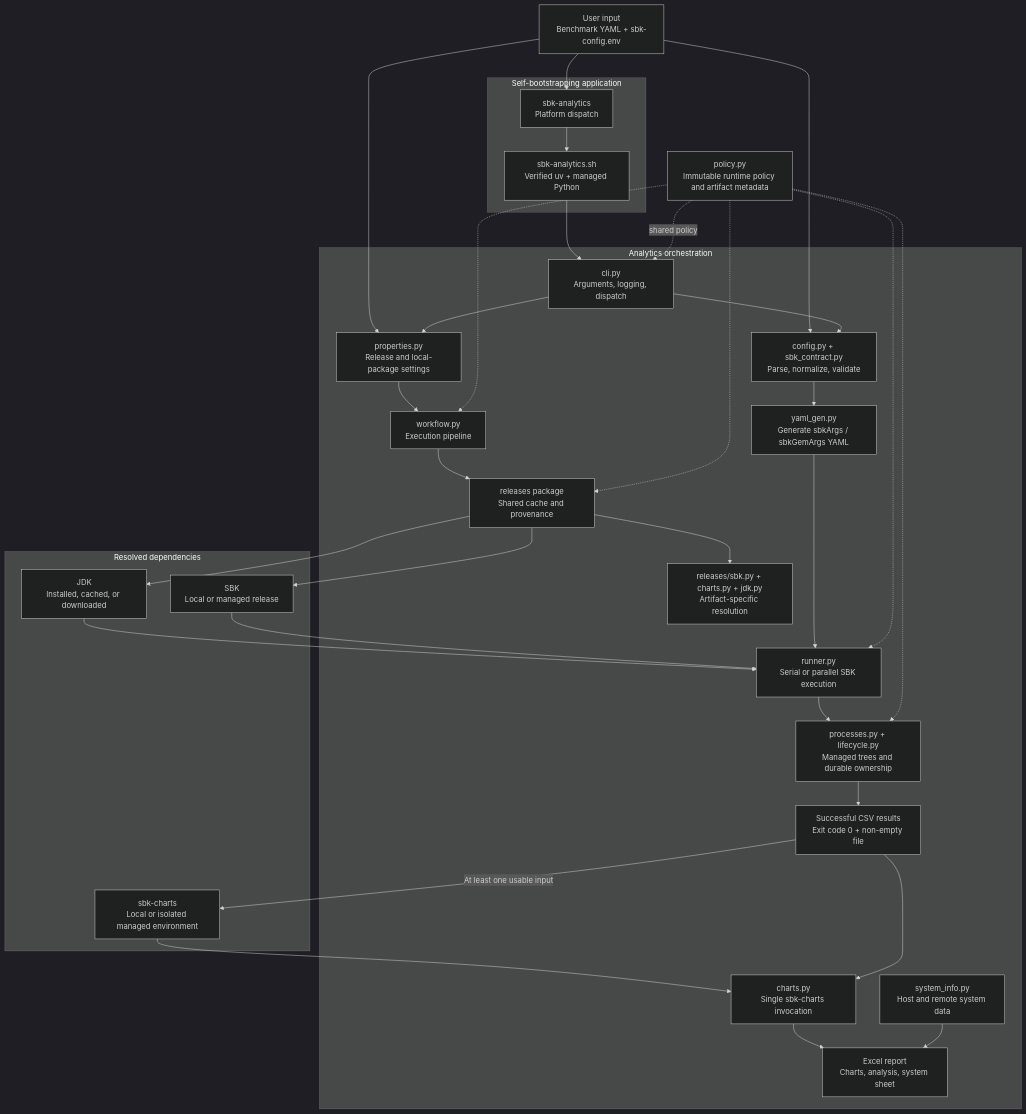
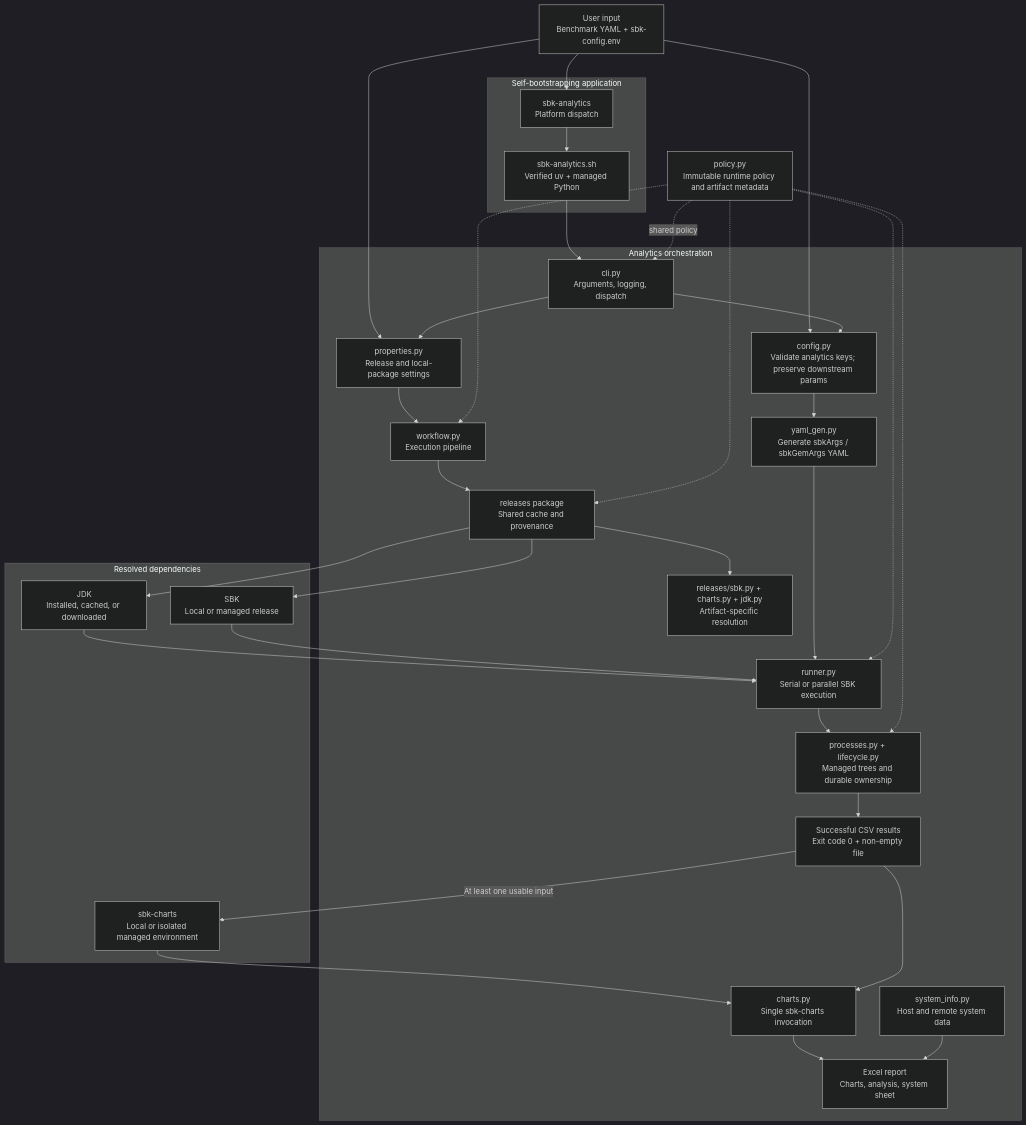
The first of 9 diagrams in analytics/ARCHITECTURE.md (kmgowda/sbk-analytics), drawn with Mermaid (dark theme) before and after one commit. The commit also changed other lines of this file and 12 other files, not shown here.

Commit message:
Validate only orchestrator workflow keys

````diff
--- a/analytics/ARCHITECTURE.md
+++ b/analytics/ARCHITECTURE.md
@@ -42,53 +43,53 @@
 ```mermaid
 flowchart TB
     User["User input<br/>Benchmark YAML + sbk-config.env"]
 
     subgraph Bootstrap["Self-bootstrapping application"]
         Launcher["sbk-analytics<br/>Platform dispatch"]
         Runtime["sbk-analytics.sh<br/>Verified uv + managed Python"]
     end
 
     subgraph Orchestration["Analytics orchestration"]
         CLI["cli.py<br/>Arguments, logging, dispatch"]
         Workflow["workflow.py<br/>Execution pipeline"]
-        Config["config.py + sbk_contract.py<br/>Parse, normalize, validate"]
+        Config["config.py<br/>Validate analytics keys; preserve downstream params"]
         Properties["properties.py<br/>Release and local-package settings"]
         Resolver["releases package<br/>Shared cache and provenance"]
         ArtifactResolvers["releases/sbk.py + charts.py + jdk.py<br/>Artifact-specific resolution"]
         Generator["yaml_gen.py<br/>Generate sbkArgs / sbkGemArgs YAML"]
         Runner["runner.py<br/>Serial or parallel SBK execution"]
         Processes["processes.py + lifecycle.py<br/>Managed trees and durable ownership"]
         CSV["Successful CSV results<br/>Exit code 0 + non-empty file"]
         Charts["charts.py<br/>Single sbk-charts invocation"]
         SystemInfo["system_info.py<br/>Host and remote system data"]
         Report["Excel report<br/>Charts, analysis, system sheet"]
     end
 
     subgraph Managed["Resolved dependencies"]
         JDK["JDK<br/>Installed, cached, or downloaded"]
         SBK["SBK<br/>Local or managed release"]
         SBKCharts["sbk-charts<br/>Local or isolated managed environment"]
     end
 
     Policy["policy.py<br/>Immutable runtime policy and artifact metadata"]
 
     User --> Launcher --> Runtime --> CLI
     User --> Config
     User --> Properties
     CLI --> Config
     CLI --> Properties --> Workflow --> Resolver --> ArtifactResolvers
     Config --> Generator
     Resolver --> JDK
     Resolver --> SBK
     JDK --> Runner
     SBK --> Runner
     Generator --> Runner --> Processes --> CSV
     CSV -->|At least one usable input| SBKCharts --> Charts
     CSV --> Charts --> Report
     SystemInfo --> Report
     Policy -. shared policy .-> CLI
     Policy -.-> Workflow
     Policy -.-> Resolver
     Policy -.-> Runner
     Policy -.-> Processes
 ```
````
